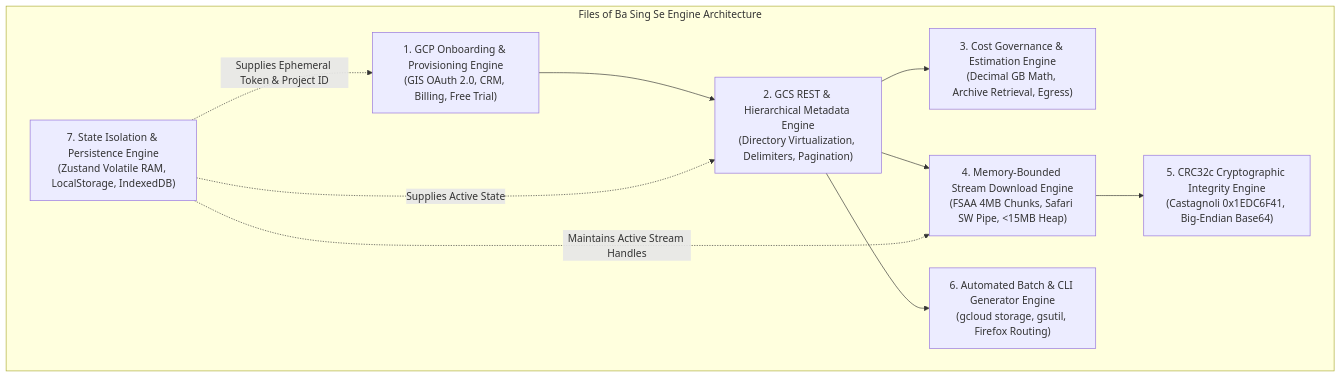
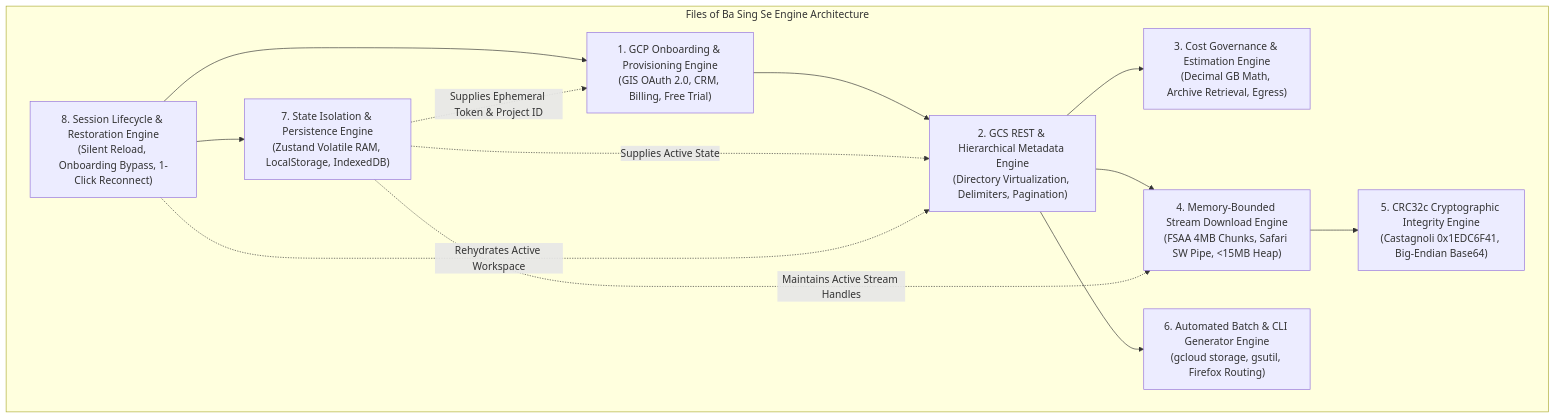
The first of 7 diagrams in docs/requirements/system_engines_design_specification.md (NovaLogicDev/FilesOfBaSingSe), drawn with Mermaid before and after one commit. The commit also changed other lines of this file and 12 other files, not shown here.

Commit message:
docs: add session continuity, silent token restoration, and onboarding bypass specifications (Module 10, Epic 10, Engine 8)

````diff
--- a/docs/requirements/system_engines_design_specification.md
+++ b/docs/requirements/system_engines_design_specification.md
@@ -10,21 +10,25 @@
 ```mermaid
 flowchart TD
     subgraph CoreEngines ["Files of Ba Sing Se Engine Architecture"]
         E1["1. GCP Onboarding & Provisioning Engine\n(GIS OAuth 2.0, CRM, Billing, Free Trial)"]
         E2["2. GCS REST & Hierarchical Metadata Engine\n(Directory Virtualization, Delimiters, Pagination)"]
         E3["3. Cost Governance & Estimation Engine\n(Decimal GB Math, Archive Retrieval, Egress)"]
         E4["4. Memory-Bounded Stream Download Engine\n(FSAA 4MB Chunks, Safari SW Pipe, <15MB Heap)"]
         E5["5. CRC32c Cryptographic Integrity Engine\n(Castagnoli 0x1EDC6F41, Big-Endian Base64)"]
         E6["6. Automated Batch & CLI Generator Engine\n(gcloud storage, gsutil, Firefox Routing)"]
         E7["7. State Isolation & Persistence Engine\n(Zustand Volatile RAM, LocalStorage, IndexedDB)"]
+        E8["8. Session Lifecycle & Restoration Engine\n(Silent Reload, Onboarding Bypass, 1-Click Reconnect)"]
     end
 
+    E8 --> E1
+    E8 --> E7
     E1 --> E2
     E2 --> E3
     E2 --> E4
     E4 --> E5
     E2 --> E6
     E7 -.->|"Supplies Ephemeral Token & Project ID"| E1
     E7 -.->|"Supplies Active State"| E2
     E7 -.->|"Maintains Active Stream Handles"| E4
+    E8 -.->|"Rehydrates Active Workspace"| E2
 ```
````
